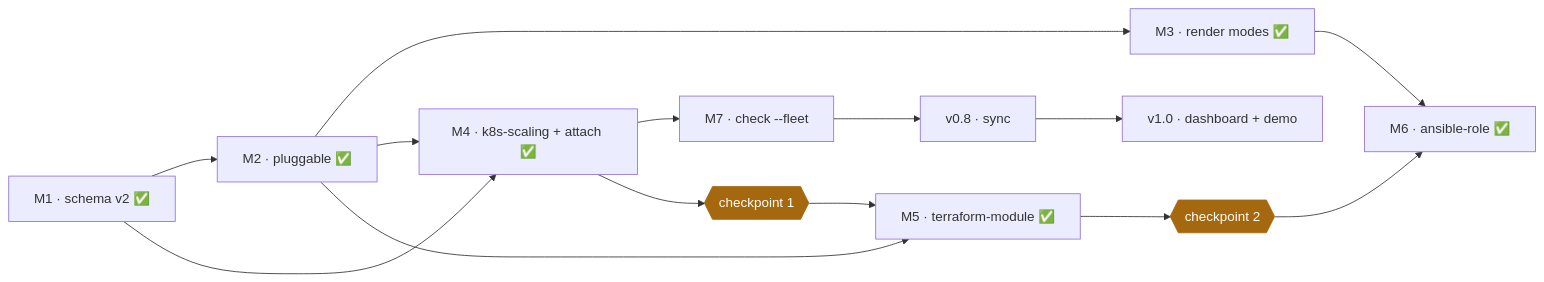
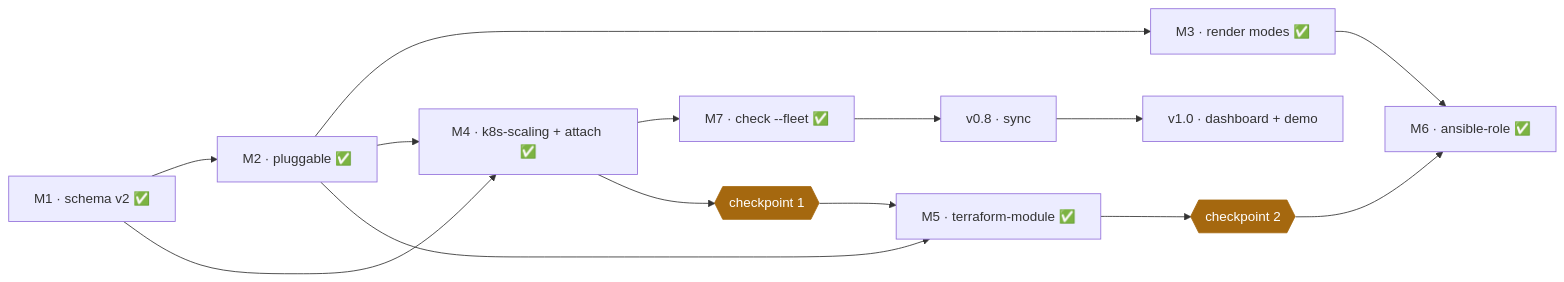
The diagram in docs/roadmap.md (sameeralam3127/ansari), drawn with Mermaid before and after one commit. The commit also changed other lines of this file and 15 other files, not shown here.

````diff
--- a/docs/roadmap.md
+++ b/docs/roadmap.md
@@ -23,19 +23,19 @@
 ```mermaid
 flowchart LR
     M1[M1 · schema v2 ✅] --> M2[M2 · pluggable ✅]
     M2 --> M3[M3 · render modes ✅]
     M1 --> M4[M4 · k8s-scaling + attach ✅]
     M2 --> M4
     M2 --> M5[M5 · terraform-module ✅]
     M3 --> M6[M6 · ansible-role ✅]
-    M4 --> M7[M7 · check --fleet]
+    M4 --> M7[M7 · check --fleet ✅]
     M7 --> S[v0.8 · sync]
     S --> D[v1.0 · dashboard + demo]
 
     CP1{{checkpoint 1}}:::cp
     CP2{{checkpoint 2}}:::cp
     M4 --> CP1 --> M5
     M5 --> CP2 --> M6
 
     classDef cp fill:#a5680f,stroke:#a5680f,color:#fff
 ```
````
